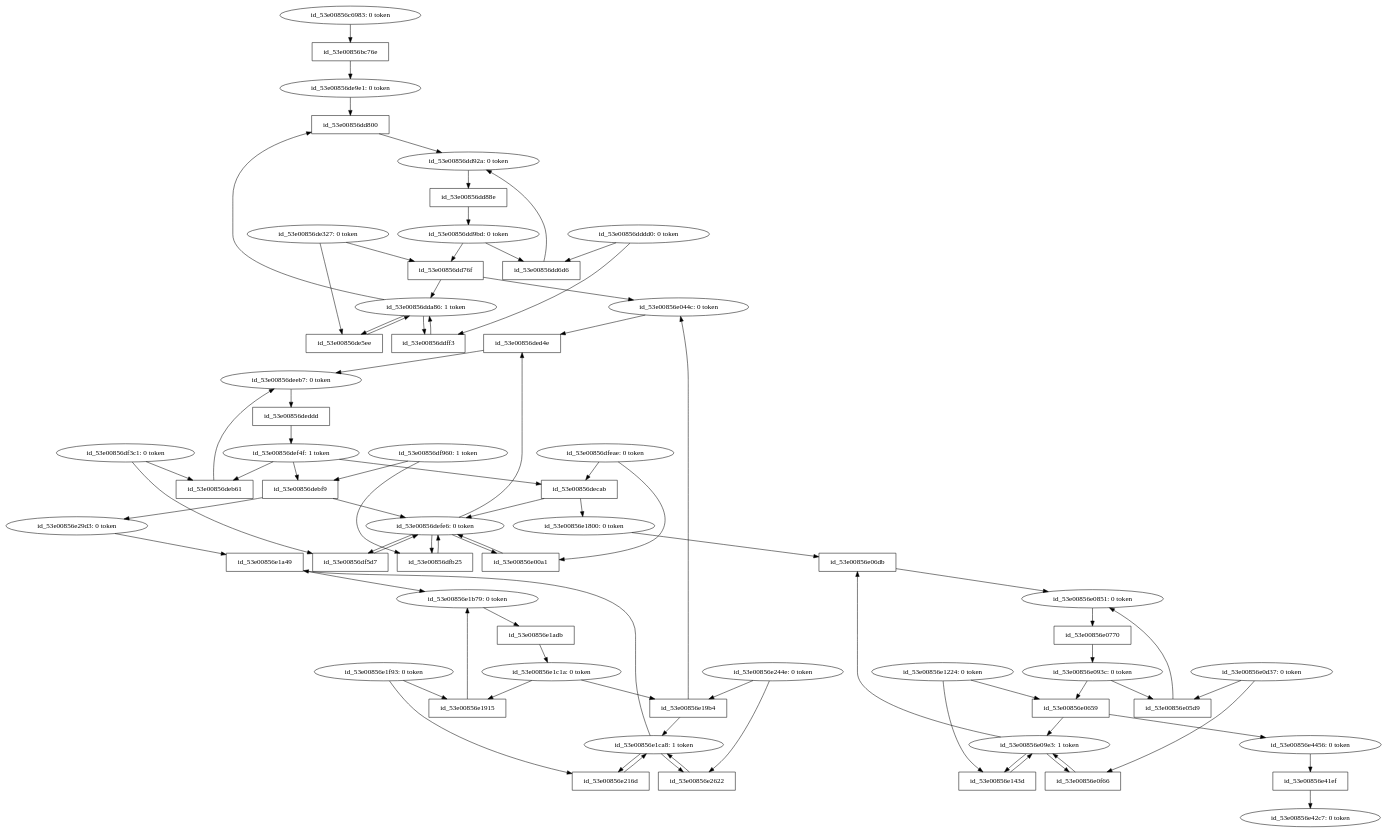
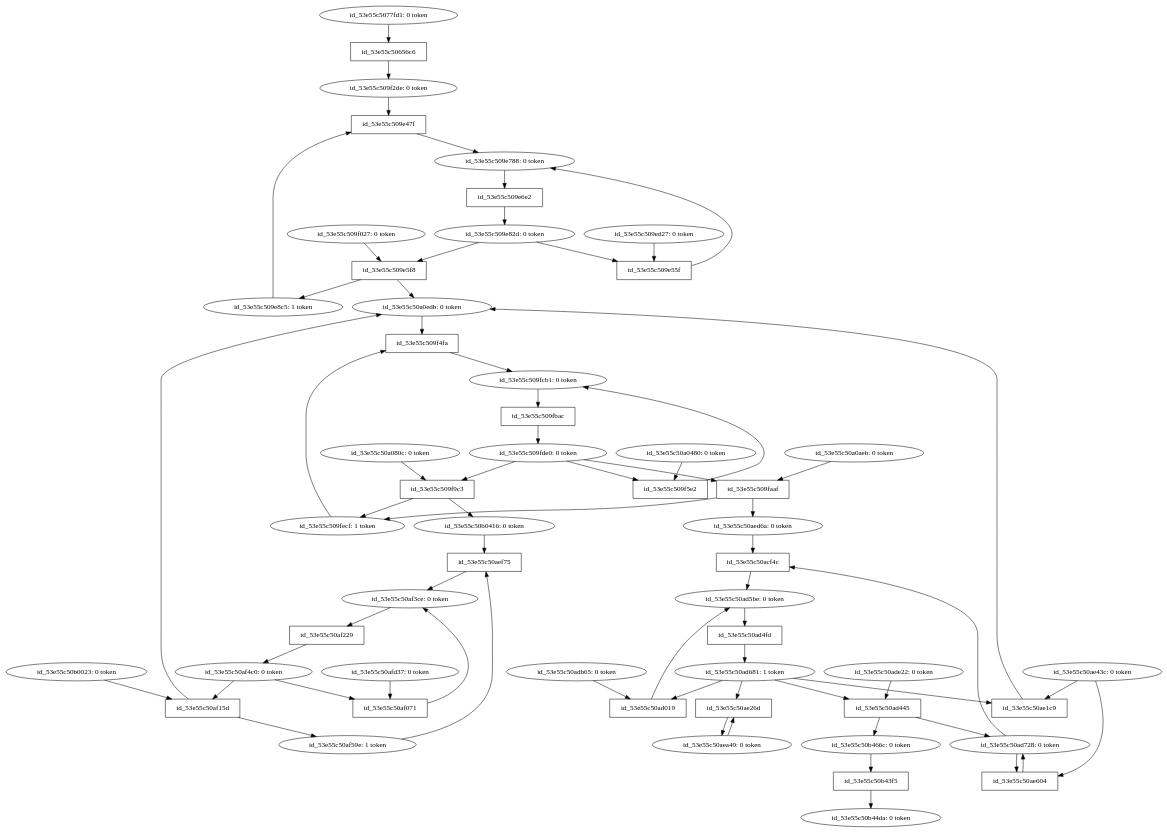
One commit to geomagilles/flowmanager-test changed the diagram in laravel/public/flow_petrinet.dot. Above: the diagram before and after it, drawn with Graphviz. The commit also changed 6 other files, not shown here.

```diff
--- a/laravel/public/flow_petrinet.dot
+++ b/laravel/public/flow_petrinet.dot
@@ -1,141 +1,119 @@
-digraph id_53e00856b42b7 {
-id_53e00856c6983 [label="id_53e00856c6983: 0 token"];
-id_53e00856dd92a [label="id_53e00856dd92a: 0 token"];
-id_53e00856dd9bd [label="id_53e00856dd9bd: 0 token"];
-id_53e00856dda86 [label="id_53e00856dda86: 1 token"];
-id_53e00856dddd0 [label="id_53e00856dddd0: 0 token"];
-id_53e00856de327 [label="id_53e00856de327: 0 token"];
-id_53e00856de9e1 [label="id_53e00856de9e1: 0 token"];
-id_53e00856deeb7 [label="id_53e00856deeb7: 0 token"];
-id_53e00856def4f [label="id_53e00856def4f: 1 token"];
-id_53e00856defe6 [label="id_53e00856defe6: 0 token"];
-id_53e00856df3c1 [label="id_53e00856df3c1: 0 token"];
-id_53e00856df960 [label="id_53e00856df960: 1 token"];
-id_53e00856dfeae [label="id_53e00856dfeae: 0 token"];
-id_53e00856e044c [label="id_53e00856e044c: 0 token"];
-id_53e00856e0851 [label="id_53e00856e0851: 0 token"];
-id_53e00856e093c [label="id_53e00856e093c: 0 token"];
-id_53e00856e09e3 [label="id_53e00856e09e3: 1 token"];
-id_53e00856e0d37 [label="id_53e00856e0d37: 0 token"];
-id_53e00856e1224 [label="id_53e00856e1224: 0 token"];
-id_53e00856e1800 [label="id_53e00856e1800: 0 token"];
-id_53e00856e1b79 [label="id_53e00856e1b79: 0 token"];
-id_53e00856e1c1a [label="id_53e00856e1c1a: 0 token"];
-id_53e00856e1ca8 [label="id_53e00856e1ca8: 1 token"];
-id_53e00856e1f93 [label="id_53e00856e1f93: 0 token"];
-id_53e00856e244e [label="id_53e00856e244e: 0 token"];
-id_53e00856e29d3 [label="id_53e00856e29d3: 0 token"];
-id_53e00856e42c7 [label="id_53e00856e42c7: 0 token"];
-id_53e00856e4456 [label="id_53e00856e4456: 0 token"];
-id_53e00856bc76e [shape=box];
-id_53e00856dd6d6 [shape=box];
-id_53e00856dd76f [shape=box];
-id_53e00856dd800 [shape=box];
-id_53e00856dd88e [shape=box];
-id_53e00856ddff3 [shape=box];
-id_53e00856de5ee [shape=box];
-id_53e00856deb61 [shape=box];
-id_53e00856debf9 [shape=box];
-id_53e00856decab [shape=box];
-id_53e00856ded4e [shape=box];
-id_53e00856deddd [shape=box];
-id_53e00856df5d7 [shape=box];
-id_53e00856dfb25 [shape=box];
-id_53e00856e00a1 [shape=box];
-id_53e00856e05d9 [shape=box];
-id_53e00856e0659 [shape=box];
-id_53e00856e06db [shape=box];
-id_53e00856e0770 [shape=box];
-id_53e00856e0f66 [shape=box];
-id_53e00856e143d [shape=box];
-id_53e00856e1915 [shape=box];
-id_53e00856e19b4 [shape=box];
-id_53e00856e1a49 [shape=box];
-id_53e00856e1adb [shape=box];
-id_53e00856e216d [shape=box];
-id_53e00856e2622 [shape=box];
-id_53e00856e41ef [shape=box];
-id_53e00856c6983->id_53e00856bc76e;
-id_53e00856dda86->id_53e00856dd800;
-id_53e00856dd800->id_53e00856dd92a;
-id_53e00856dd92a->id_53e00856dd88e;
-id_53e00856dd88e->id_53e00856dd9bd;
-id_53e00856dd9bd->id_53e00856dd6d6;
-id_53e00856dddd0->id_53e00856dd6d6;
-id_53e00856dddd0->id_53e00856ddff3;
-id_53e00856ddff3->id_53e00856dda86;
-id_53e00856dda86->id_53e00856ddff3;
-id_53e00856dd6d6->id_53e00856dd92a;
-id_53e00856dd9bd->id_53e00856dd76f;
-id_53e00856de327->id_53e00856dd76f;
-id_53e00856de327->id_53e00856de5ee;
-id_53e00856de5ee->id_53e00856dda86;
-id_53e00856dda86->id_53e00856de5ee;
-id_53e00856dd76f->id_53e00856dda86;
-id_53e00856de9e1->id_53e00856dd800;
-id_53e00856defe6->id_53e00856ded4e;
-id_53e00856ded4e->id_53e00856deeb7;
-id_53e00856deeb7->id_53e00856deddd;
-id_53e00856deddd->id_53e00856def4f;
-id_53e00856def4f->id_53e00856deb61;
-id_53e00856df3c1->id_53e00856deb61;
-id_53e00856df3c1->id_53e00856df5d7;
-id_53e00856df5d7->id_53e00856defe6;
-id_53e00856defe6->id_53e00856df5d7;
-id_53e00856deb61->id_53e00856deeb7;
-id_53e00856def4f->id_53e00856debf9;
-id_53e00856df960->id_53e00856debf9;
-id_53e00856df960->id_53e00856dfb25;
-id_53e00856dfb25->id_53e00856defe6;
-id_53e00856defe6->id_53e00856dfb25;
-id_53e00856debf9->id_53e00856defe6;
-id_53e00856def4f->id_53e00856decab;
-id_53e00856dfeae->id_53e00856decab;
-id_53e00856dfeae->id_53e00856e00a1;
-id_53e00856e00a1->id_53e00856defe6;
-id_53e00856defe6->id_53e00856e00a1;
-id_53e00856decab->id_53e00856defe6;
-id_53e00856e044c->id_53e00856ded4e;
-id_53e00856e09e3->id_53e00856e06db;
-id_53e00856e06db->id_53e00856e0851;
-id_53e00856e0851->id_53e00856e0770;
-id_53e00856e0770->id_53e00856e093c;
-id_53e00856e093c->id_53e00856e05d9;
-id_53e00856e0d37->id_53e00856e05d9;
-id_53e00856e0d37->id_53e00856e0f66;
-id_53e00856e0f66->id_53e00856e09e3;
-id_53e00856e09e3->id_53e00856e0f66;
-id_53e00856e05d9->id_53e00856e0851;
-id_53e00856e093c->id_53e00856e0659;
-id_53e00856e1224->id_53e00856e0659;
-id_53e00856e1224->id_53e00856e143d;
-id_53e00856e143d->id_53e00856e09e3;
-id_53e00856e09e3->id_53e00856e143d;
-id_53e00856e0659->id_53e00856e09e3;
-id_53e00856e1800->id_53e00856e06db;
-id_53e00856e1ca8->id_53e00856e1a49;
-id_53e00856e1a49->id_53e00856e1b79;
-id_53e00856e1b79->id_53e00856e1adb;
-id_53e00856e1adb->id_53e00856e1c1a;
-id_53e00856e1c1a->id_53e00856e1915;
-id_53e00856e1f93->id_53e00856e1915;
-id_53e00856e1f93->id_53e00856e216d;
-id_53e00856e216d->id_53e00856e1ca8;
-id_53e00856e1ca8->id_53e00856e216d;
-id_53e00856e1915->id_53e00856e1b79;
-id_53e00856e1c1a->id_53e00856e19b4;
-id_53e00856e244e->id_53e00856e19b4;
-id_53e00856e244e->id_53e00856e2622;
-id_53e00856e2622->id_53e00856e1ca8;
-id_53e00856e1ca8->id_53e00856e2622;
-id_53e00856e19b4->id_53e00856e1ca8;
-id_53e00856e29d3->id_53e00856e1a49;
-id_53e00856e41ef->id_53e00856e42c7;
-id_53e00856e4456->id_53e00856e41ef;
-id_53e00856bc76e->id_53e00856de9e1;
-id_53e00856dd76f->id_53e00856e044c;
-id_53e00856debf9->id_53e00856e29d3;
-id_53e00856decab->id_53e00856e1800;
-id_53e00856e0659->id_53e00856e4456;
-id_53e00856e19b4->id_53e00856e044c;
+digraph id_53e55c5057056 {
+id_53e55c5077fd1 [label="id_53e55c5077fd1: 0 token"];
+id_53e55c509e788 [label="id_53e55c509e788: 0 token"];
+id_53e55c509e82d [label="id_53e55c509e82d: 0 token"];
+id_53e55c509e8c5 [label="id_53e55c509e8c5: 1 token"];
+id_53e55c509ed27 [label="id_53e55c509ed27: 0 token"];
+id_53e55c509f027 [label="id_53e55c509f027: 0 token"];
+id_53e55c509f2de [label="id_53e55c509f2de: 0 token"];
+id_53e55c509fcb1 [label="id_53e55c509fcb1: 0 token"];
+id_53e55c509fde0 [label="id_53e55c509fde0: 0 token"];
+id_53e55c509fecf [label="id_53e55c509fecf: 1 token"];
+id_53e55c50a0480 [label="id_53e55c50a0480: 0 token"];
+id_53e55c50a080c [label="id_53e55c50a080c: 0 token"];
+id_53e55c50a0aeb [label="id_53e55c50a0aeb: 0 token"];
+id_53e55c50a0edb [label="id_53e55c50a0edb: 0 token"];
+id_53e55c50ad5be [label="id_53e55c50ad5be: 0 token"];
+id_53e55c50ad681 [label="id_53e55c50ad681: 1 token"];
+id_53e55c50ad728 [label="id_53e55c50ad728: 0 token"];
+id_53e55c50adb65 [label="id_53e55c50adb65: 0 token"];
+id_53e55c50ade22 [label="id_53e55c50ade22: 0 token"];
+id_53e55c50ae43c [label="id_53e55c50ae43c: 0 token"];
+id_53e55c50aea49 [label="id_53e55c50aea49: 0 token"];
+id_53e55c50aed6a [label="id_53e55c50aed6a: 0 token"];
+id_53e55c50af3ce [label="id_53e55c50af3ce: 0 token"];
+id_53e55c50af4c0 [label="id_53e55c50af4c0: 0 token"];
+id_53e55c50af59e [label="id_53e55c50af59e: 1 token"];
+id_53e55c50afd37 [label="id_53e55c50afd37: 0 token"];
+id_53e55c50b0023 [label="id_53e55c50b0023: 0 token"];
+id_53e55c50b0416 [label="id_53e55c50b0416: 0 token"];
+id_53e55c50b44da [label="id_53e55c50b44da: 0 token"];
+id_53e55c50b466c [label="id_53e55c50b466c: 0 token"];
+id_53e55c50656c6 [shape=box];
+id_53e55c509e47f [shape=box];
+id_53e55c509e55f [shape=box];
+id_53e55c509e5f8 [shape=box];
+id_53e55c509e6e2 [shape=box];
+id_53e55c509f4fa [shape=box];
+id_53e55c509f5e2 [shape=box];
+id_53e55c509f9c3 [shape=box];
+id_53e55c509faaf [shape=box];
+id_53e55c509fbac [shape=box];
+id_53e55c50acf4c [shape=box];
+id_53e55c50ad019 [shape=box];
+id_53e55c50ad445 [shape=box];
+id_53e55c50ad4fd [shape=box];
+id_53e55c50ae1c9 [shape=box];
+id_53e55c50ae26d [shape=box];
+id_53e55c50ae604 [shape=box];
+id_53e55c50aef75 [shape=box];
+id_53e55c50af071 [shape=box];
+id_53e55c50af15d [shape=box];
+id_53e55c50af229 [shape=box];
+id_53e55c50b43f5 [shape=box];
+id_53e55c5077fd1->id_53e55c50656c6;
+id_53e55c509e8c5->id_53e55c509e47f;
+id_53e55c509e47f->id_53e55c509e788;
+id_53e55c509e788->id_53e55c509e6e2;
+id_53e55c509e6e2->id_53e55c509e82d;
+id_53e55c509e82d->id_53e55c509e55f;
+id_53e55c509ed27->id_53e55c509e55f;
+id_53e55c509e55f->id_53e55c509e788;
+id_53e55c509e82d->id_53e55c509e5f8;
+id_53e55c509f027->id_53e55c509e5f8;
+id_53e55c509e5f8->id_53e55c509e8c5;
+id_53e55c509f2de->id_53e55c509e47f;
+id_53e55c509fecf->id_53e55c509f4fa;
+id_53e55c509f4fa->id_53e55c509fcb1;
+id_53e55c509fcb1->id_53e55c509fbac;
+id_53e55c509fbac->id_53e55c509fde0;
+id_53e55c509fde0->id_53e55c509f5e2;
+id_53e55c50a0480->id_53e55c509f5e2;
+id_53e55c509f5e2->id_53e55c509fcb1;
+id_53e55c509fde0->id_53e55c509f9c3;
+id_53e55c50a080c->id_53e55c509f9c3;
+id_53e55c509f9c3->id_53e55c509fecf;
+id_53e55c509fde0->id_53e55c509faaf;
+id_53e55c50a0aeb->id_53e55c509faaf;
+id_53e55c509faaf->id_53e55c509fecf;
+id_53e55c50a0edb->id_53e55c509f4fa;
+id_53e55c50ad728->id_53e55c50acf4c;
+id_53e55c50acf4c->id_53e55c50ad5be;
+id_53e55c50ad5be->id_53e55c50ad4fd;
+id_53e55c50ad4fd->id_53e55c50ad681;
+id_53e55c50ad681->id_53e55c50ad019;
+id_53e55c50adb65->id_53e55c50ad019;
+id_53e55c50ad019->id_53e55c50ad5be;
+id_53e55c50ad681->id_53e55c50ad445;
+id_53e55c50ade22->id_53e55c50ad445;
+id_53e55c50ad445->id_53e55c50ad728;
+id_53e55c50ad681->id_53e55c50ae1c9;
+id_53e55c50ae43c->id_53e55c50ae1c9;
+id_53e55c50ae43c->id_53e55c50ae604;
+id_53e55c50ae604->id_53e55c50ad728;
+id_53e55c50ad728->id_53e55c50ae604;
+id_53e55c50ad681->id_53e55c50ae26d;
+id_53e55c50aea49->id_53e55c50ae26d;
+id_53e55c50ae26d->id_53e55c50aea49;
+id_53e55c50aed6a->id_53e55c50acf4c;
+id_53e55c50af59e->id_53e55c50aef75;
+id_53e55c50aef75->id_53e55c50af3ce;
+id_53e55c50af3ce->id_53e55c50af229;
+id_53e55c50af229->id_53e55c50af4c0;
+id_53e55c50af4c0->id_53e55c50af071;
+id_53e55c50afd37->id_53e55c50af071;
+id_53e55c50af071->id_53e55c50af3ce;
+id_53e55c50af4c0->id_53e55c50af15d;
+id_53e55c50b0023->id_53e55c50af15d;
+id_53e55c50af15d->id_53e55c50af59e;
+id_53e55c50b0416->id_53e55c50aef75;
+id_53e55c50b43f5->id_53e55c50b44da;
+id_53e55c50b466c->id_53e55c50b43f5;
+id_53e55c50656c6->id_53e55c509f2de;
+id_53e55c509e5f8->id_53e55c50a0edb;
+id_53e55c509f9c3->id_53e55c50b0416;
+id_53e55c509faaf->id_53e55c50aed6a;
+id_53e55c50ad445->id_53e55c50b466c;
+id_53e55c50ae1c9->id_53e55c50a0edb;
+id_53e55c50af15d->id_53e55c50a0edb;
 }
```
